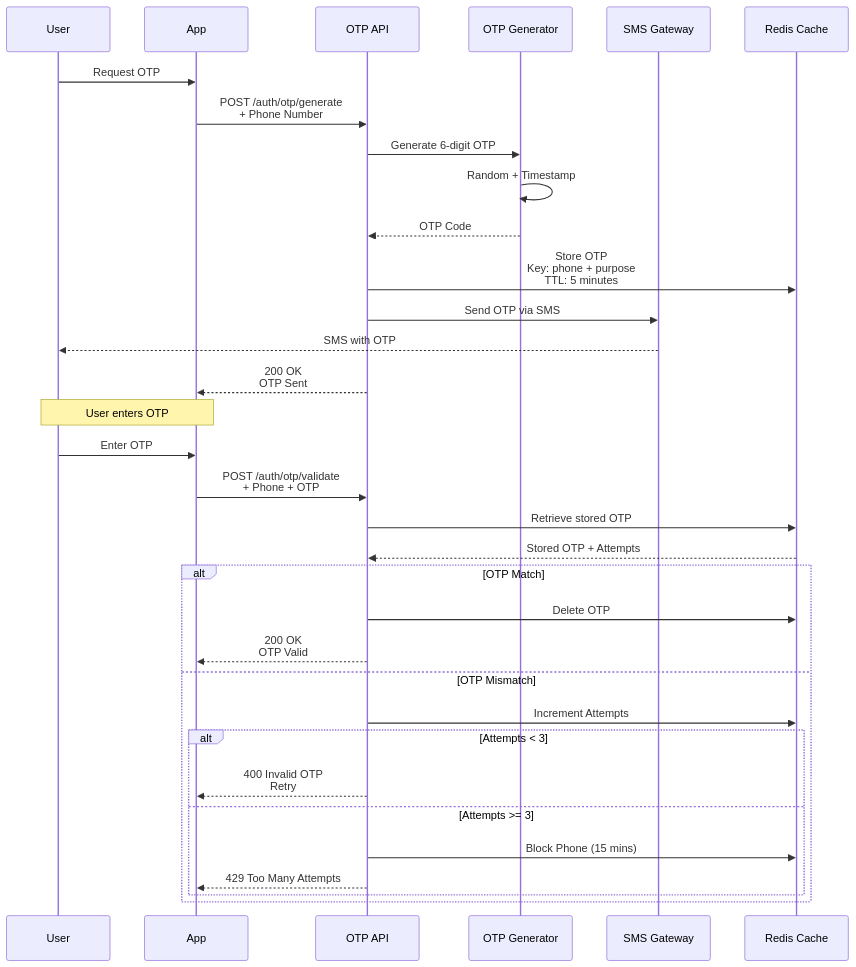
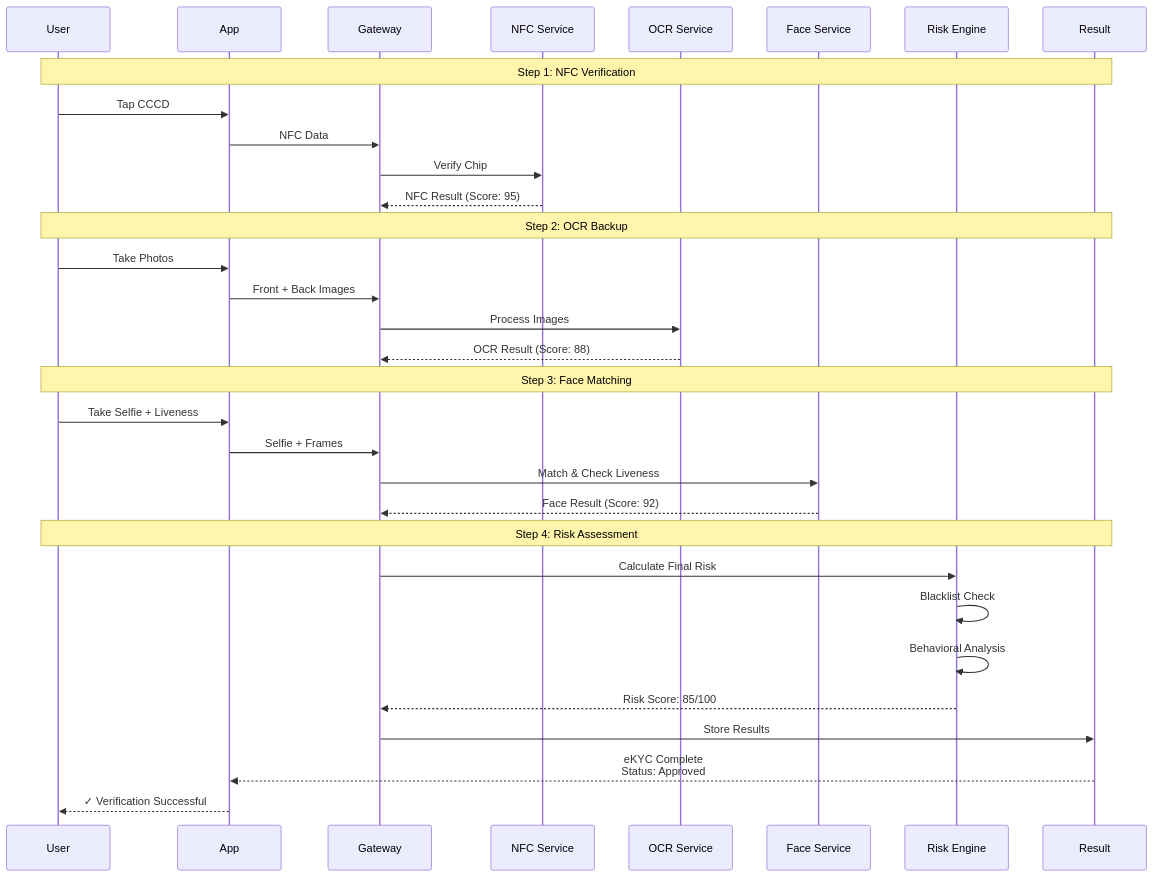
Before and after one commit to huuhoait/openbanking-vn-specs: the seventh of 8 diagrams in 07-Dich-vu-Dinh-danh-eKYC.md, drawn with Mermaid. The commit also changed other lines of this file and 14 other files, not shown here.

````diff
--- a/07-Dich-vu-Dinh-danh-eKYC.md
+++ b/07-Dich-vu-Dinh-danh-eKYC.md
@@ -508,43 +444,39 @@
 ```mermaid
 sequenceDiagram
-    participant User as User
-    participant App as App
-    participant API as OTP API
-    participant Generator as OTP Generator
-    participant SMS as SMS Gateway
-    participant Cache as Redis Cache
+    participant User
+    participant App
+    participant Gateway
+    participant NFC as NFC Service
+    participant OCR as OCR Service
+    participant Face as Face Service
+    participant Risk as Risk Engine
+    participant Result
     
-    User->>App: Request OTP
-    App->>API: POST /auth/otp/generate<br/>+ Phone Number
+    Note over User,Result: Step 1: NFC Verification
+    User->>App: Tap CCCD
+    App->>Gateway: NFC Data
+    Gateway->>NFC: Verify Chip
+    NFC-->>Gateway: NFC Result (Score: 95)
     
-    API->>Generator: Generate 6-digit OTP
-    Generator->>Generator: Random + Timestamp
-    Generator-->>API: OTP Code
+    Note over User,Result: Step 2: OCR Backup
+    User->>App: Take Photos
+    App->>Gateway: Front + Back Images
+    Gateway->>OCR: Process Images
+    OCR-->>Gateway: OCR Result (Score: 88)
     
-    API->>Cache: Store OTP<br/>Key: phone + purpose<br/>TTL: 5 minutes
-    API->>SMS: Send OTP via SMS
-    SMS-->>User: SMS with OTP
+    Note over User,Result: Step 3: Face Matching
+    User->>App: Take Selfie + Liveness
+    App->>Gateway: Selfie + Frames
+    Gateway->>Face: Match & Check Liveness
+    Face-->>Gateway: Face Result (Score: 92)
     
-    API-->>App: 200 OK<br/>OTP Sent
+    Note over User,Result: Step 4: Risk Assessment
+    Gateway->>Risk: Calculate Final Risk
+    Risk->>Risk: Blacklist Check
+    Risk->>Risk: Behavioral Analysis
+    Risk-->>Gateway: Risk Score: 85/100
     
-    Note over User,App: User enters OTP
-    
-    User->>App: Enter OTP
-    App->>API: POST /auth/otp/validate<br/>+ Phone + OTP
-    
-    API->>Cache: Retrieve stored OTP
-    Cache-->>API: Stored OTP + Attempts
-    
-    alt OTP Match
-        API->>Cache: Delete OTP
-        API-->>App: 200 OK<br/>OTP Valid
-    else OTP Mismatch
-        API->>Cache: Increment Attempts
-        alt Attempts < 3
-            API-->>App: 400 Invalid OTP<br/>Retry
-        else Attempts >= 3
-            API->>Cache: Block Phone (15 mins)
-            API-->>App: 429 Too Many Attempts
-        end
-    end
+    Gateway->>Result: Store Results
+    Result-->>App: eKYC Complete<br/>Status: Approved
+    App-->>User: ✓ Verification Successful
 ```
````
